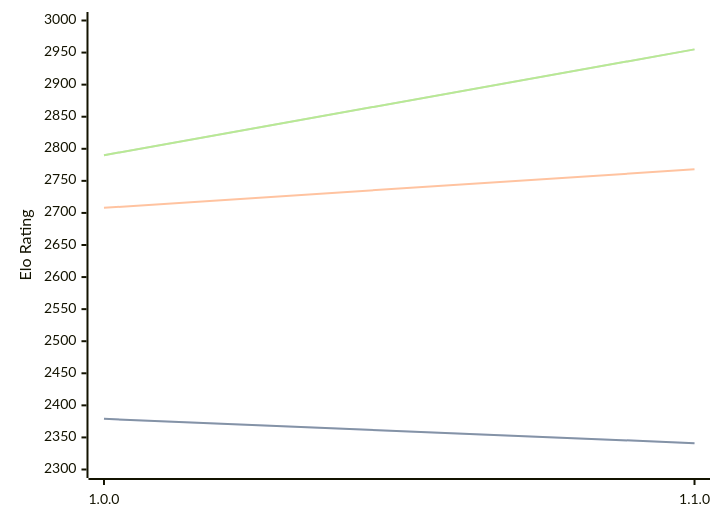
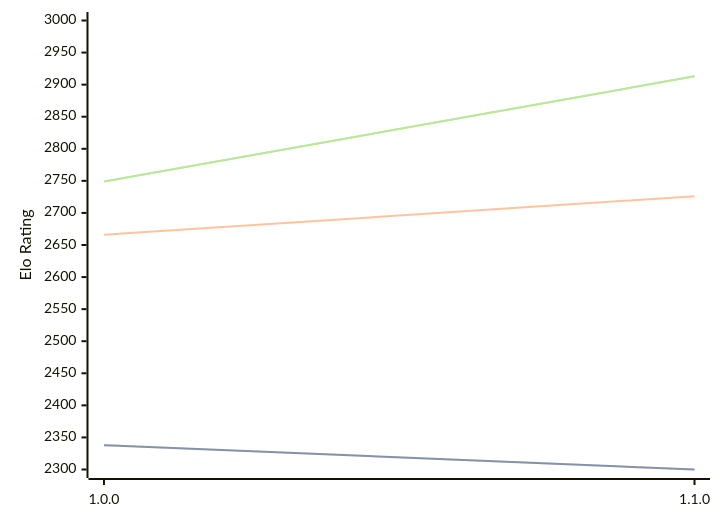
One commit to computer-chess-index/cci changed the diagram in engines/ShallowGuess.md. Above: the diagram before and after it, drawn with Mermaid. The commit also changed other lines of this file, not shown here.

Commit message:
Update CCI Ratings (ELO VLTC) - 2026-05-19

````diff
--- a/engines/ShallowGuess.md
+++ b/engines/ShallowGuess.md
@@ -36,11 +36,11 @@
 ```mermaid
 %%{init: {"theme":"base","themeVariables":{"seriesColors:['#a3a3a3','#222221','#faa371']}}}%%
 xychart-beta
   x-axis ["1.0.0", "1.1.0"]
   y-axis "Elo Rating" 2300 --> 3000
-  line "STC (8.0+0.08s)" [2379, 2341]
-  line "STC (8.0+0.08s)" [2379, 2341]
-  line "LTC (60.0+0.60s)" [2708, 2768]
-  line "VLTC (2m24s+1.12s)" [2790, 2955]
-  line "VLTC (2m24s+1.12s)" [2790, 2955]
+  line "STC (8.0+0.08s)" [2338, 2300]
+  line "STC (8.0+0.08s)" [2338, 2300]
+  line "LTC (60.0+0.60s)" [2666, 2726]
+  line "VLTC (2m24s+1.12s)" [2749, 2913]
+  line "VLTC (2m24s+1.12s)" [2749, 2913]
 ```
````
